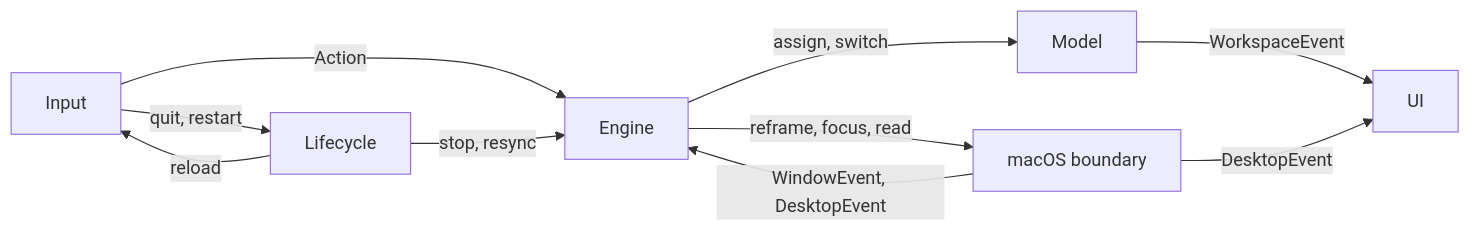
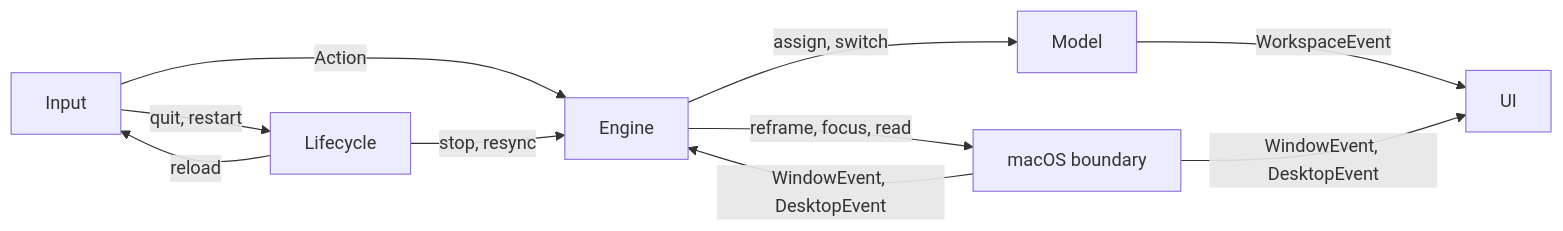
The third of 22 diagrams in ARCHITECTURE.md (brennovich/ottowm), drawn with Mermaid before and after one commit. The commit also changed other lines of this file and 16 other files, not shown here.

````diff
--- a/ARCHITECTURE.md
+++ b/ARCHITECTURE.md
@@ -56,12 +56,12 @@
 ```mermaid
 flowchart LR
     Input -->|Action| Engine
     Input -->|quit, restart| Lifecycle
     Lifecycle -->|reload| Input
     Lifecycle -->|stop, resync| Engine
     macOS["macOS boundary"] -->|WindowEvent, DesktopEvent| Engine
     Engine -->|reframe, focus, read| macOS
     Engine -->|assign, switch| Model
     Model -->|WorkspaceEvent| UI
-    macOS -->|DesktopEvent| UI
+    macOS -->|WindowEvent, DesktopEvent| UI
 ```
````
